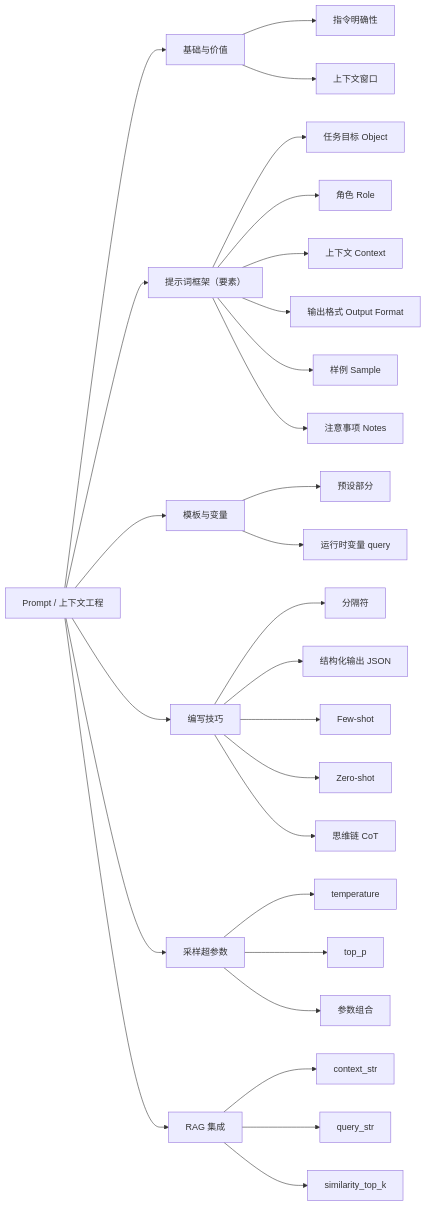
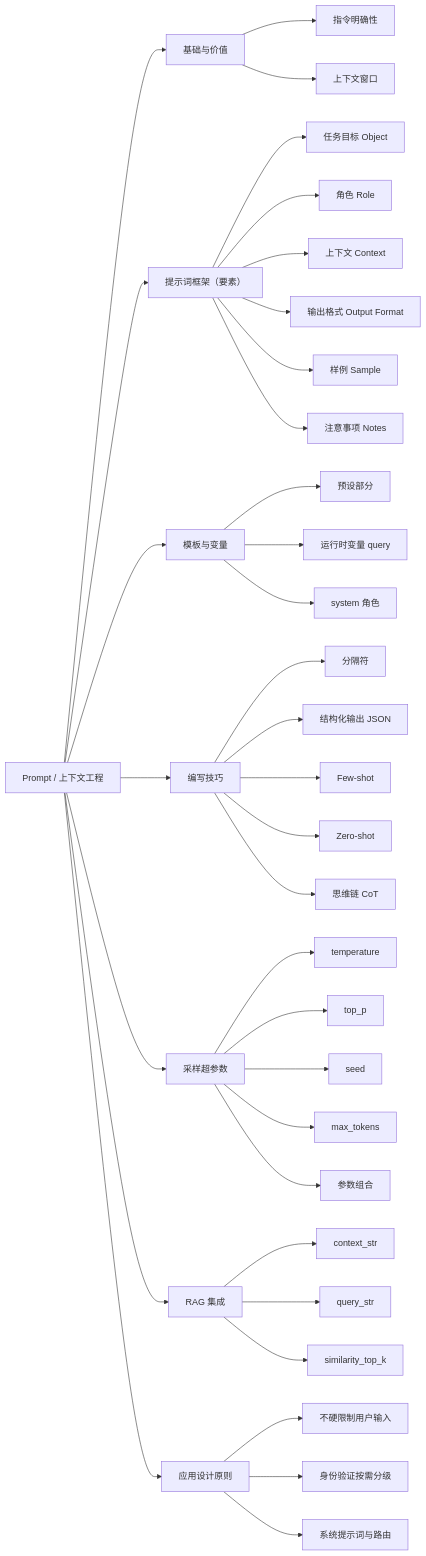
Before and after one commit to guoleihit/notes: the diagram in notes/ACP/Prompt/Prompt 知识点总结.md, drawn with Mermaid. The commit also changed other lines of this file and 1 other file, not shown here.

````diff
--- a/notes/ACP/Prompt/Prompt 知识点总结.md
+++ b/notes/ACP/Prompt/Prompt 知识点总结.md
@@ -52,30 +60,37 @@
 ```mermaid
 flowchart LR
     P["Prompt / 上下文工程"] --> A["基础与价值"]
     P --> B["提示词框架（要素）"]
     P --> C["模板与变量"]
     P --> D["编写技巧"]
     P --> E["采样超参数"]
     P --> F["RAG 集成"]
+    P --> G["应用设计原则"]
     A --> A1["指令明确性"]
     A --> A2["上下文窗口"]
     B --> B1["任务目标 Object"]
     B --> B2["角色 Role"]
     B --> B3["上下文 Context"]
     B --> B4["输出格式 Output Format"]
     B --> B5["样例 Sample"]
     B --> B6["注意事项 Notes"]
     C --> C1["预设部分"]
     C --> C2["运行时变量 query"]
+    C --> C3["system 角色"]
     D --> D1["分隔符"]
     D --> D2["结构化输出 JSON"]
     D --> D3["Few-shot"]
     D --> D4["Zero-shot"]
     D --> D5["思维链 CoT"]
     E --> E1["temperature"]
     E --> E2["top_p"]
-    E --> E3["参数组合"]
+    E --> E3["seed"]
+    E --> E4["max_tokens"]
+    E --> E5["参数组合"]
     F --> F1["context_str"]
     F --> F2["query_str"]
     F --> F3["similarity_top_k"]
+    G --> G1["不硬限制用户输入"]
+    G --> G2["身份验证按需分级"]
+    G --> G3["系统提示词与路由"]
 ```
````
